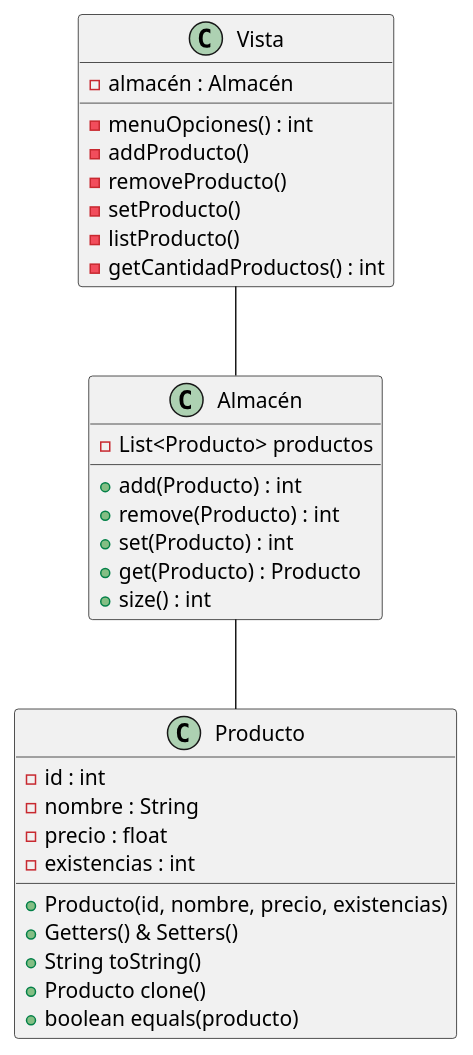
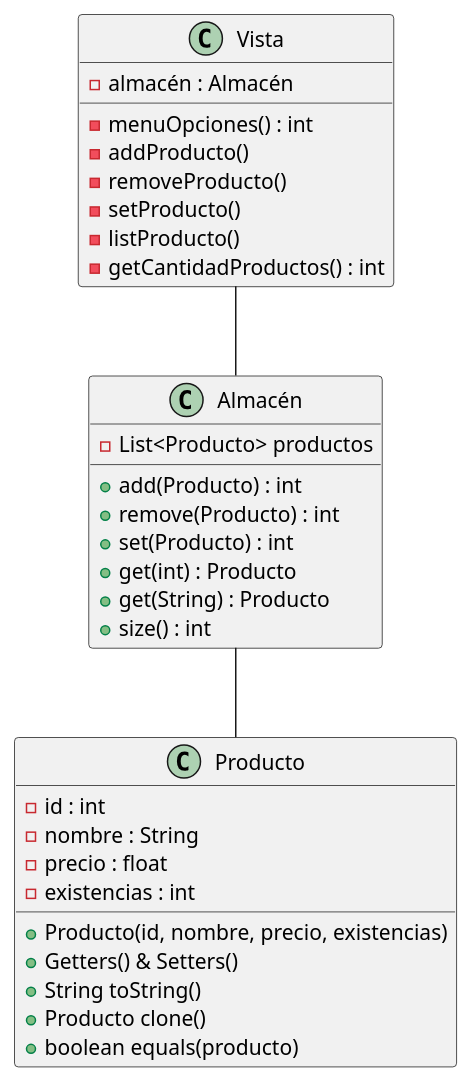
Before and after one commit to elprofesoremilio/clases_java: the diagram in src/AlmacenDownTop/Almacen.puml, drawn with PlantUML. The commit also changed 4 other files, not shown here.

```diff
--- a/src/AlmacenDownTop/Almacen.puml
+++ b/src/AlmacenDownTop/Almacen.puml
@@ -1,40 +1,41 @@
 @startuml
 'https://plantuml.com/class-diagram
 
 Almacén -- Producto
 Vista -- Almacén
 
 class Vista {
     -almacén : Almacén
     -menuOpciones() : int
     -addProducto()
     -removeProducto()
     -setProducto()
     -listProducto()
     -getCantidadProductos() : int
 }
 
 
 class Almacén {
     -List<Producto> productos
     +add(Producto) : int
     +remove(Producto) : int
     +set(Producto) : int
-    +get(Producto) : Producto
+    +get(int) : Producto
+    +get(String) : Producto
     +size() : int
 }
 
 class Producto {
     -id : int
     -nombre : String
     -precio : float
     -existencias : int
 
     +Producto(id, nombre, precio, existencias)
     +Getters() & Setters()
     +String toString()
     +Producto clone()
     +boolean equals(producto)
 }
 
 @enduml
```
